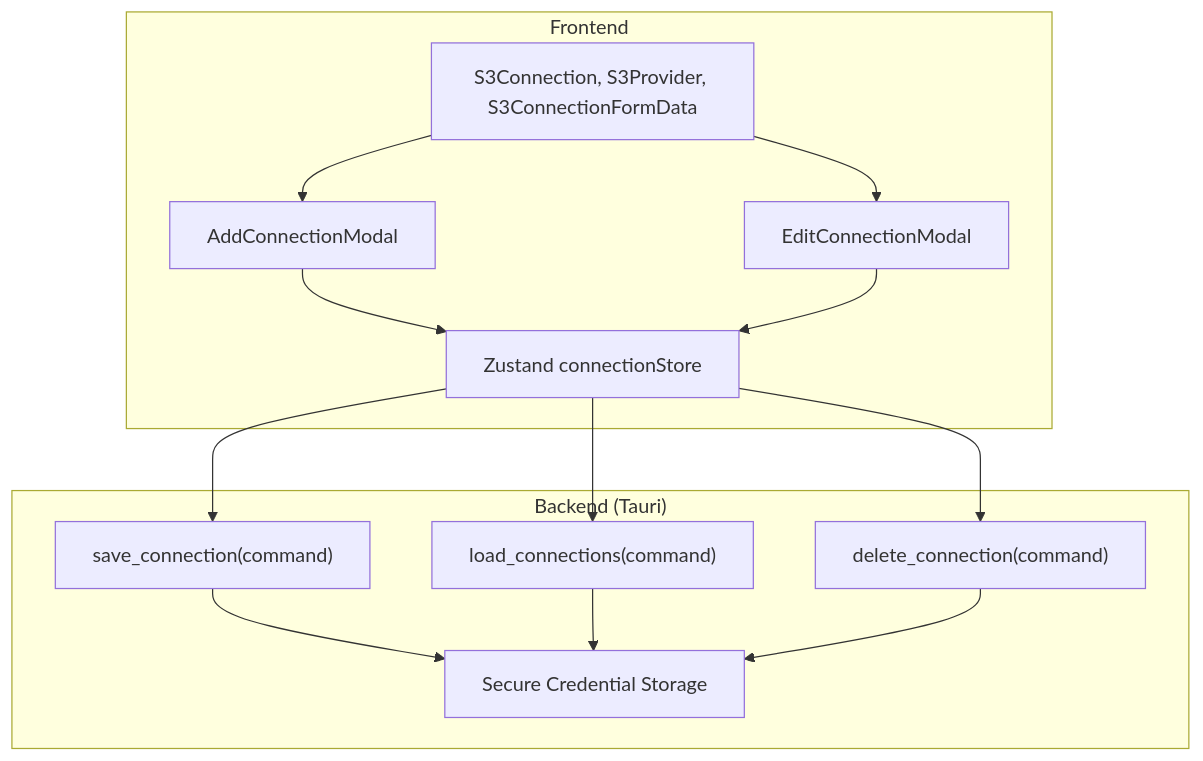
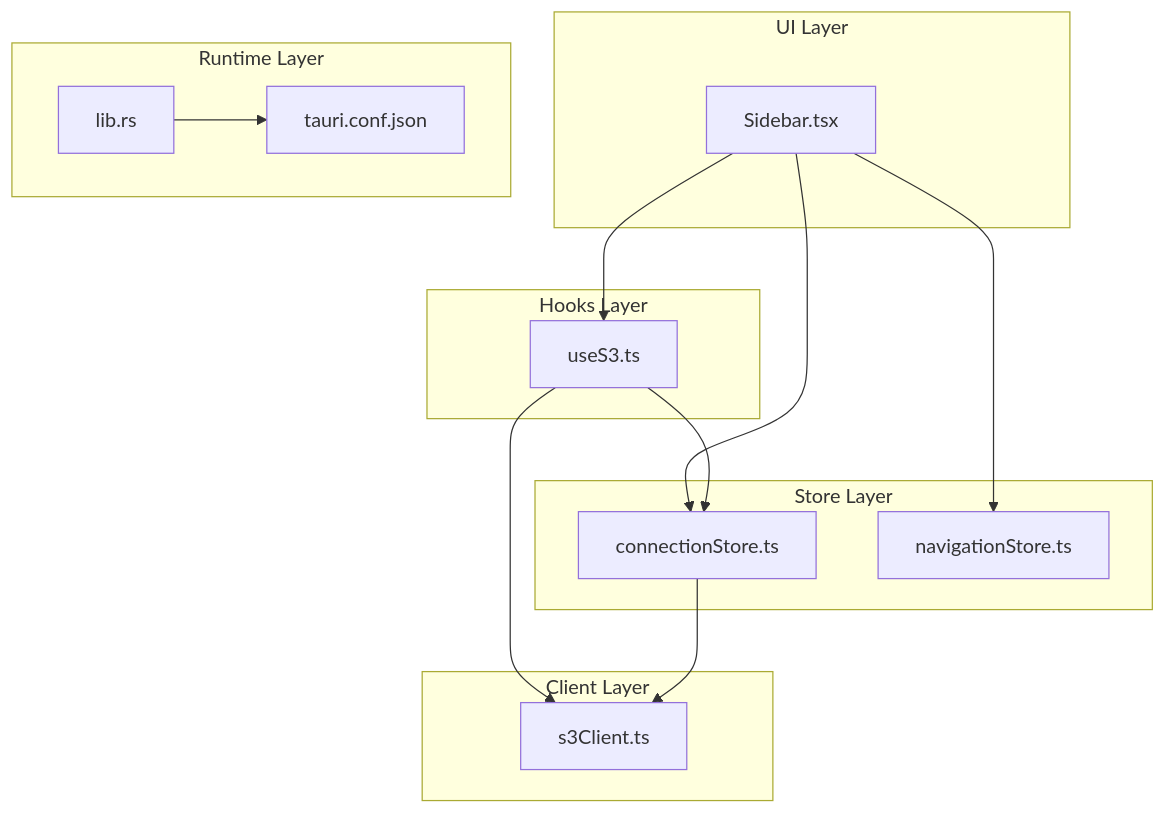
The first of 6 diagrams in .qoder/repowiki/en/content/Core Features/Connection Management.md (nasrulhadi/s3-explorer), drawn with Mermaid before and after one commit. The commit also changed other lines of this file and 46 other files, not shown here.

Commit message:
Context menu (right-click), modal/popup add connections, regenerate wiki

````diff
--- a/.qoder/repowiki/en/content/Core Features/Connection Management.md
+++ b/.qoder/repowiki/en/content/Core Features/Connection Management.md
@@ -33,25 +40,27 @@
 ```mermaid
 graph TB
-subgraph "Frontend"
-UI_Add["AddConnectionModal"]
-UI_Edit["EditConnectionModal"]
-Store["Zustand connectionStore"]
-Types["S3Connection, S3Provider, S3ConnectionFormData"]
+subgraph "UI Layer"
+Sidebar["Sidebar.tsx"]
 end
-subgraph "Backend (Tauri)"
-Cmd_Save["save_connection(command)"]
-Cmd_Load["load_connections(command)"]
-Cmd_Delete["delete_connection(command)"]
-SecureStorage["Secure Credential Storage"]
+subgraph "Store Layer"
+ConnStore["connectionStore.ts"]
+NavStore["navigationStore.ts"]
 end
-UI_Add --> Store
-UI_Edit --> Store
-Store --> Cmd_Save
-Store --> Cmd_Load
-Store --> Cmd_Delete
-Cmd_Save --> SecureStorage
-Cmd_Load --> SecureStorage
-Cmd_Delete --> SecureStorage
-Types --> UI_Add
-Types --> UI_Edit
+subgraph "Hooks Layer"
+UseS3["useS3.ts"]
+end
+subgraph "Client Layer"
+S3Client["s3Client.ts"]
+end
+subgraph "Runtime Layer"
+TauriLib["lib.rs"]
+TauriConf["tauri.conf.json"]
+end
+Sidebar --> ConnStore
+Sidebar --> NavStore
+Sidebar --> UseS3
+UseS3 --> ConnStore
+UseS3 --> S3Client
+ConnStore --> S3Client
+TauriLib --> TauriConf
 ```
````
